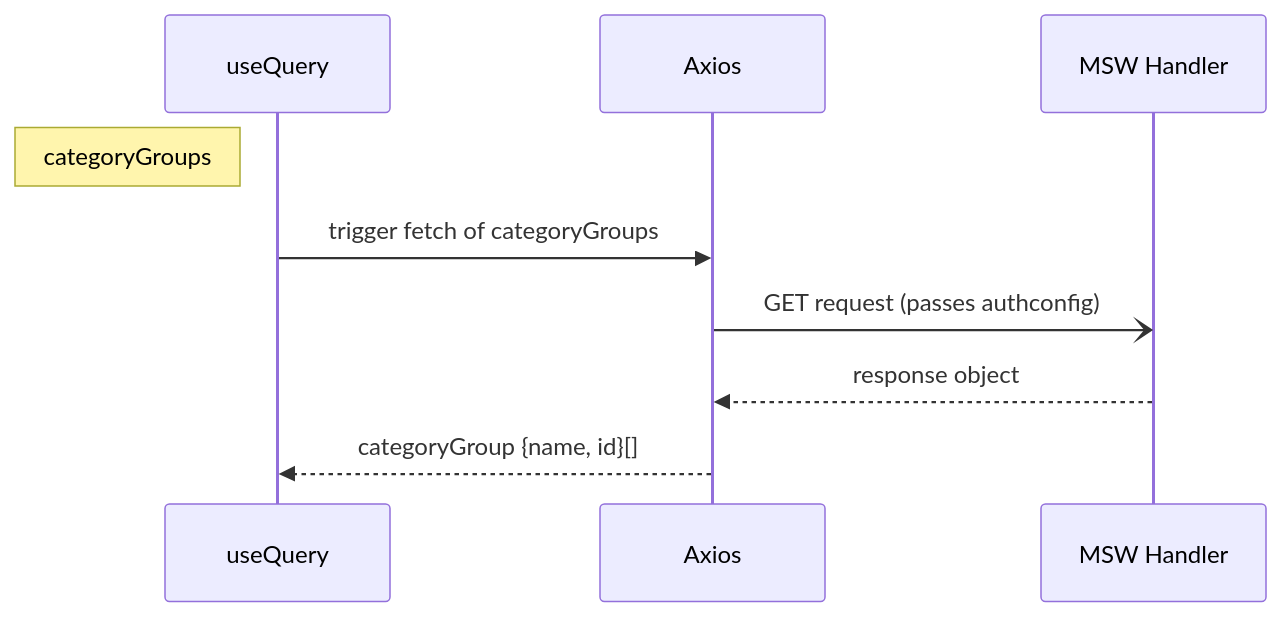
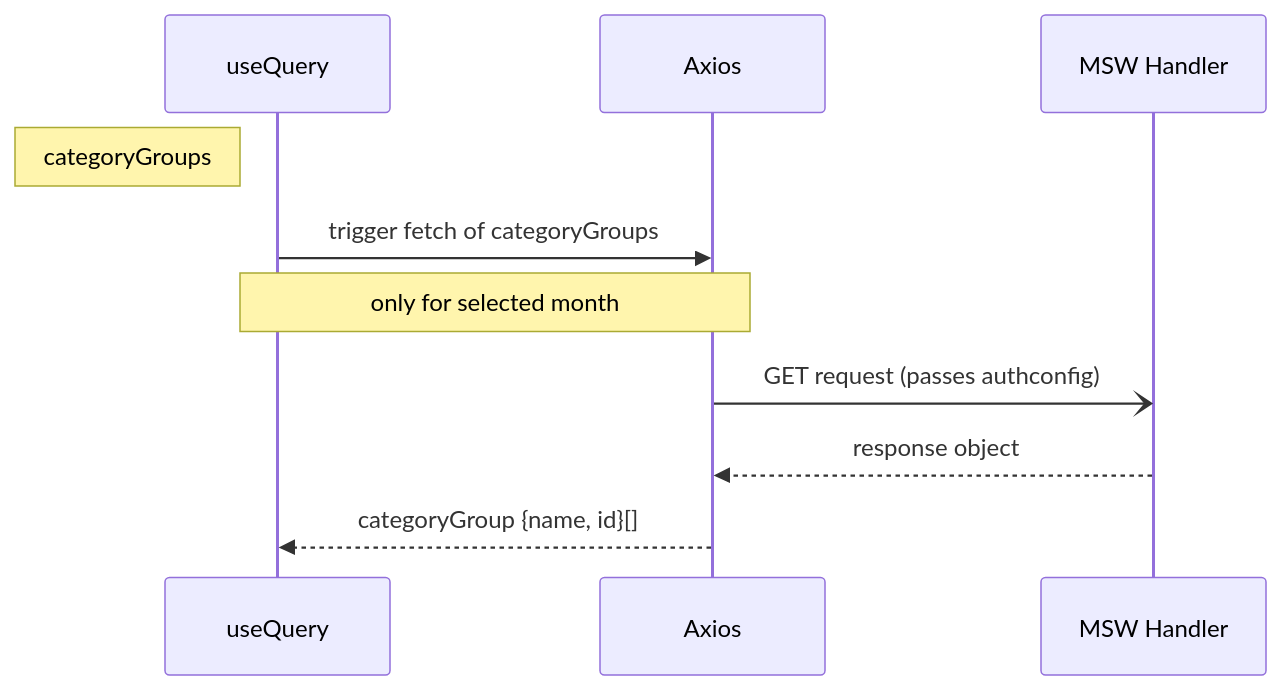
The diagram in src/screens/BudgetScreen/BudgetScreen.mermaid.md (neldeles/budget-app-typescript), drawn with Mermaid before and after one commit. The commit also changed 22 other files, not shown here.

````diff
--- a/src/screens/BudgetScreen/BudgetScreen.mermaid.md
+++ b/src/screens/BudgetScreen/BudgetScreen.mermaid.md
@@ -11,11 +11,12 @@
 ```mermaid
 sequenceDiagram %% Scenario: Initial load of category groups
   participant Uq as useQuery
   participant Ax as Axios
   participant Msw as MSW Handler
   note left of Uq: categoryGroups
   Uq->>Ax: trigger fetch of categoryGroups
+  note over Uq,Ax: only for selected month
   Ax-)Msw: GET request (passes authconfig)
   Msw-->>Ax: response object
   Ax-->>Uq: categoryGroup {name, id}[]
 ```
````
